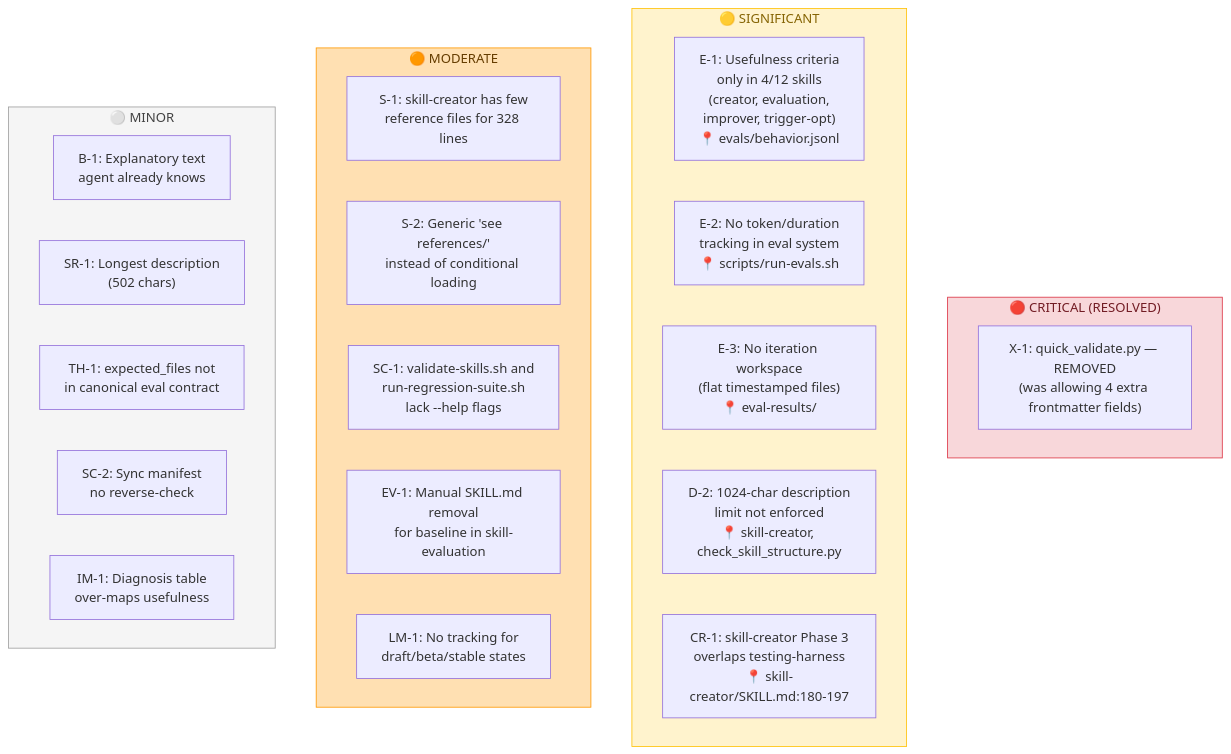
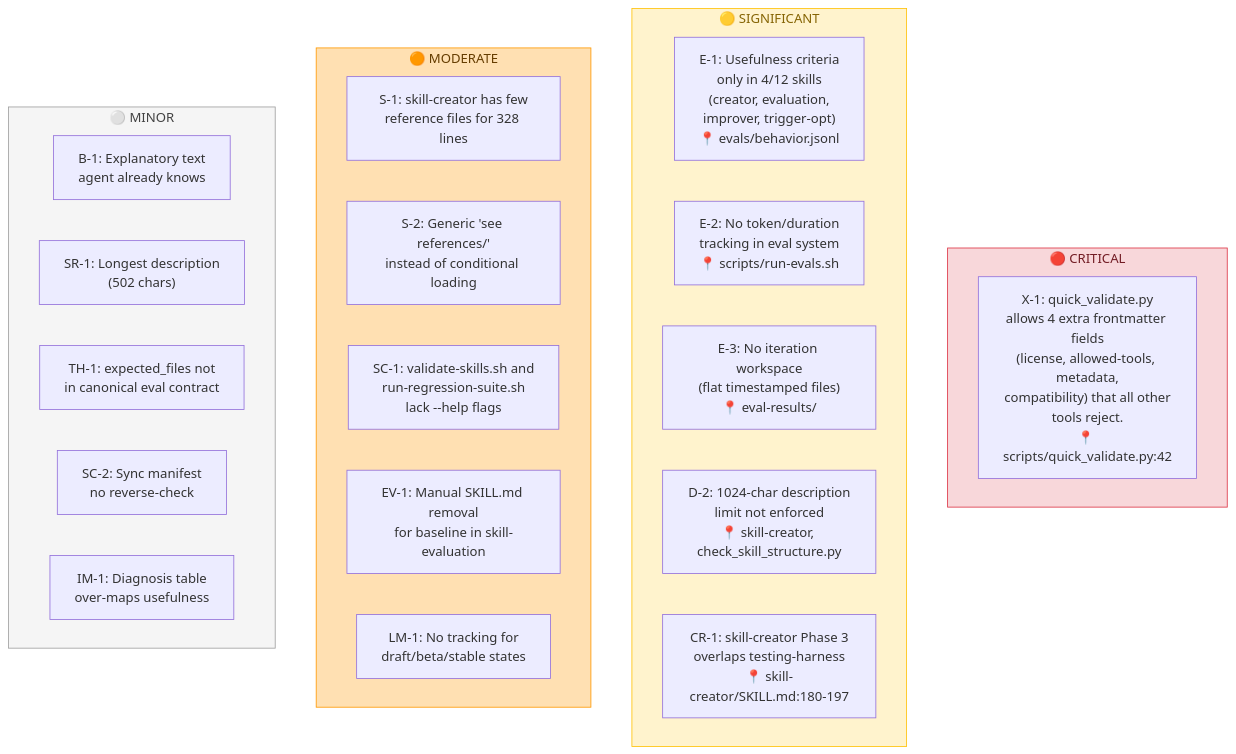
Before and after one commit to chelch5/Meta-Skill-Engineering: diagram 11 of 12 in docs/architecture-diagrams.md, drawn with Mermaid. The commit also changed other lines of this file and 6777 other files, not shown here.

````diff
--- a/docs/architecture-diagrams.md
+++ b/docs/architecture-diagrams.md
@@ -633,35 +694,35 @@
 ```mermaid
 graph TB
-    subgraph critical["🔴 CRITICAL (RESOLVED)"]
-        X1["X-1: quick_validate.py — REMOVED<br/>(was allowing 4 extra frontmatter fields)"]
+    subgraph critical["🔴 CRITICAL"]
+        X1["X-1: quick_validate.py<br/>allows 4 extra frontmatter fields<br/>(license, allowed-tools, metadata,<br/>compatibility) that all other<br/>tools reject.<br/>📍 scripts/quick_validate.py:42"]
     end
 
     subgraph significant["🟡 SIGNIFICANT"]
         E1["E-1: Usefulness criteria<br/>only in 4/12 skills<br/>(creator, evaluation,<br/>improver, trigger-opt)<br/>📍 evals/behavior.jsonl"]
         E2["E-2: No token/duration<br/>tracking in eval system<br/>📍 scripts/run-evals.sh"]
         E3["E-3: No iteration workspace<br/>(flat timestamped files)<br/>📍 eval-results/"]
         D2["D-2: 1024-char description<br/>limit not enforced<br/>📍 skill-creator, check_skill_structure.py"]
         CR1["CR-1: skill-creator Phase 3<br/>overlaps testing-harness<br/>📍 skill-creator/SKILL.md:180-197"]
     end
 
     subgraph moderate["🟠 MODERATE"]
         S1["S-1: skill-creator has few<br/>reference files for 328 lines"]
         S2["S-2: Generic 'see references/'<br/>instead of conditional loading"]
         SC1["SC-1: validate-skills.sh and<br/>run-regression-suite.sh<br/>lack --help flags"]
         EV1["EV-1: Manual SKILL.md removal<br/>for baseline in skill-evaluation"]
         LM1["LM-1: No tracking for<br/>draft/beta/stable states"]
     end
 
     subgraph minor["⚪ MINOR"]
         B1["B-1: Explanatory text<br/>agent already knows"]
         SR1["SR-1: Longest description<br/>(502 chars)"]
         TH1["TH-1: expected_files not<br/>in canonical eval contract"]
         SC2["SC-2: Sync manifest<br/>no reverse-check"]
         IM1["IM-1: Diagnosis table<br/>over-maps usefulness"]
     end
 
     style critical fill:#f8d7da,stroke:#dc3545,color:#721c24
     style significant fill:#fff3cd,stroke:#ffc107,color:#856404
     style moderate fill:#ffe0b2,stroke:#ff9800,color:#663d00
     style minor fill:#f5f5f5,stroke:#9e9e9e,color:#424242
 ```
````
